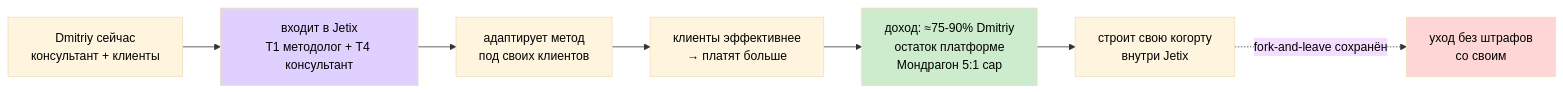
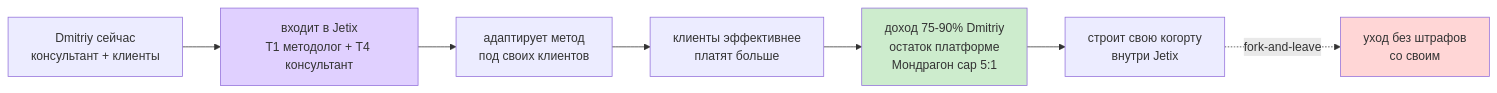
One commit to Bogersebekov/jetix-os changed the third of 5 diagrams in decisions/strategic/CALL-PLAN-DMITRIY-KAISER-2026-05-25.md. Above: the diagram before and after it, drawn with Mermaid. The commit also changed other lines of this file, not shown here.

Commit message:
[call-plan] Dmitriy Kaiser 25.05 — fix mermaid (drop init directive/emoji/unicode; validated 5/5 with mermaid v11)

````diff
--- a/decisions/strategic/CALL-PLAN-DMITRIY-KAISER-2026-05-25.md
+++ b/decisions/strategic/CALL-PLAN-DMITRIY-KAISER-2026-05-25.md
@@ -201,13 +199,12 @@
 ```mermaid
-%%{init: {'theme':'base', 'themeVariables': {'primaryTextColor':'#000','textColor':'#000','lineColor':'#333'}}}%%
 graph LR
     D0["Dmitriy сейчас<br/>консультант + клиенты"] --> J["входит в Jetix<br/>T1 методолог + T4 консультант"]
     J --> AD["адаптирует метод<br/>под своих клиентов"]
-    AD --> PAY["клиенты эффективнее<br/>→ платят больше"]
-    PAY --> RS["доход: ≈75-90% Dmitriy<br/>остаток платформе<br/>Мондрагон 5:1 cap"]
+    AD --> PAY["клиенты эффективнее<br/>платят больше"]
+    PAY --> RS["доход 75-90% Dmitriy<br/>остаток платформе<br/>Мондрагон cap 5:1"]
     RS --> COH["строит свою когорту<br/>внутри Jetix"]
-    COH -.->|fork-and-leave сохранён| EXIT["уход без штрафов<br/>со своим"]
-    style J fill:#e0d0ff,color:#000
-    style RS fill:#cdeccd,color:#000
-    style EXIT fill:#ffd6d6,color:#000
+    COH -.->|fork-and-leave| EXIT["уход без штрафов<br/>со своим"]
+    style J fill:#e0d0ff
+    style RS fill:#cdeccd
+    style EXIT fill:#ffd6d6
 ```
````
